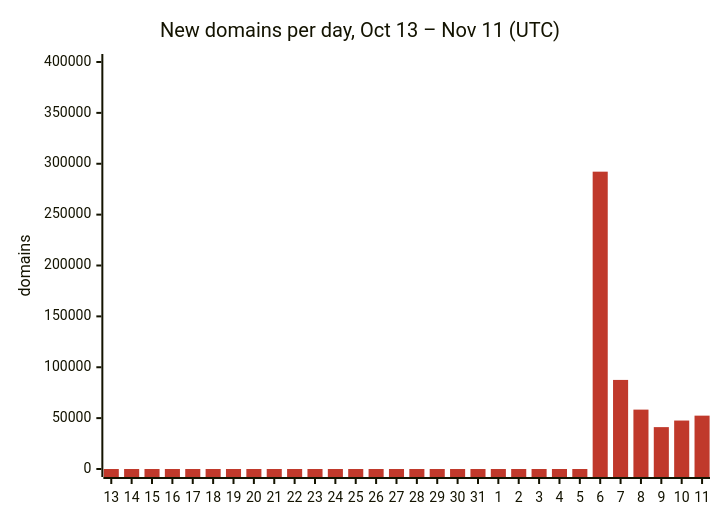
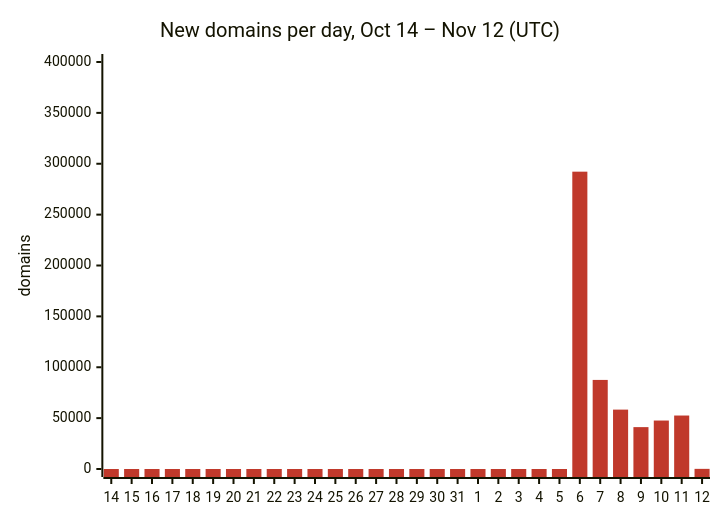
One commit to DNSBunker/CTI changed the first of 3 diagrams in README.md. Above: the diagram before and after it, drawn with Mermaid. The commit also changed other lines of this file and 3 other files, not shown here.

First line of the commit message:
Update 2026-11-12 00:04 UTC: 355913 domains

````diff
--- a/README.md
+++ b/README.md
@@ -29,8 +29,8 @@
 ```mermaid
 %%{init: {"themeVariables": {"xyChart": {"plotColorPalette": "#c0392b"}}}}%%
 xychart-beta
-    title "New domains per day, Oct 13 – Nov 11 (UTC)"
-    x-axis ["13", "14", "15", "16", "17", "18", "19", "20", "21", "22", "23", "24", "25", "26", "27", "28", "29", "30", "31", "1", "2", "3", "4", "5", "6", "7", "8", "9", "10", "11"]
+    title "New domains per day, Oct 14 – Nov 12 (UTC)"
+    x-axis ["14", "15", "16", "17", "18", "19", "20", "21", "22", "23", "24", "25", "26", "27", "28", "29", "30", "31", "1", "2", "3", "4", "5", "6", "7", "8", "9", "10", "11", "12"]
     y-axis "domains" 0 --> 400000
-    bar [0, 0, 0, 0, 0, 0, 0, 0, 0, 0, 0, 0, 0, 0, 0, 0, 0, 0, 0, 0, 0, 0, 0, 0, 292213, 87546, 58360, 41156, 47623, 52433]
+    bar [0, 0, 0, 0, 0, 0, 0, 0, 0, 0, 0, 0, 0, 0, 0, 0, 0, 0, 0, 0, 0, 0, 0, 292213, 87546, 58360, 41156, 47623, 52549, 138]
 ```
````
